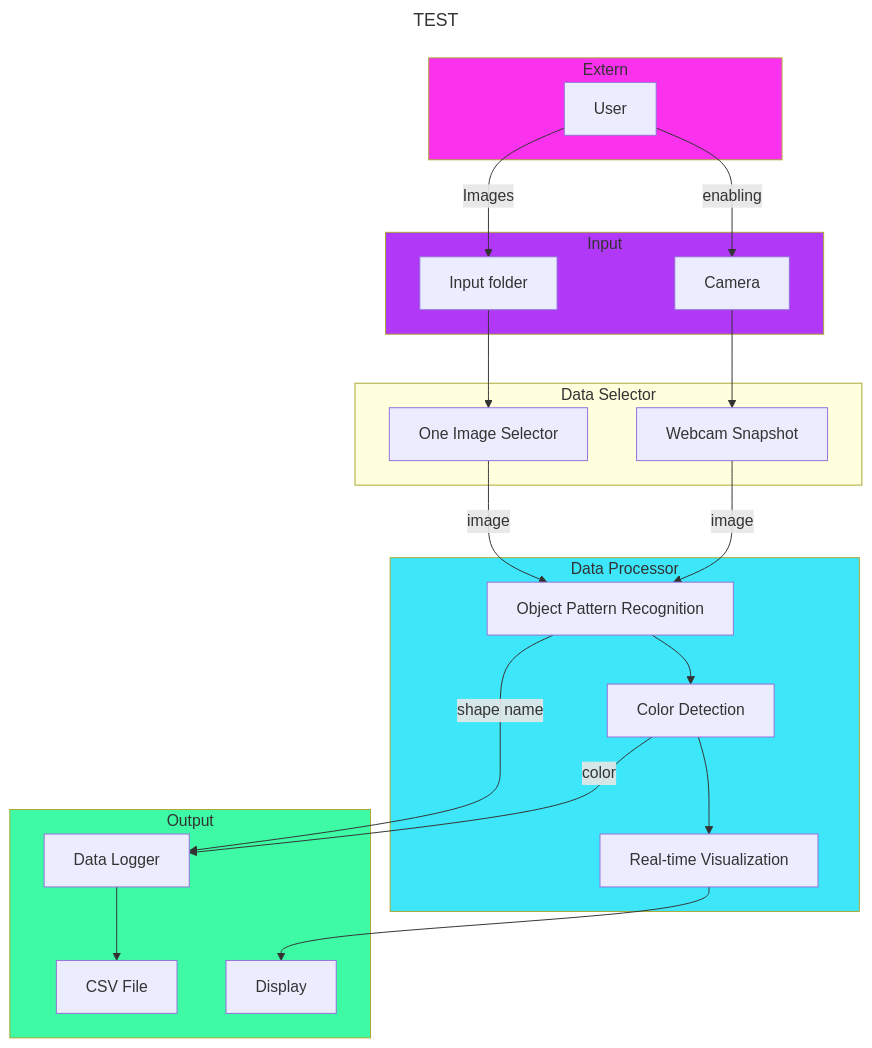
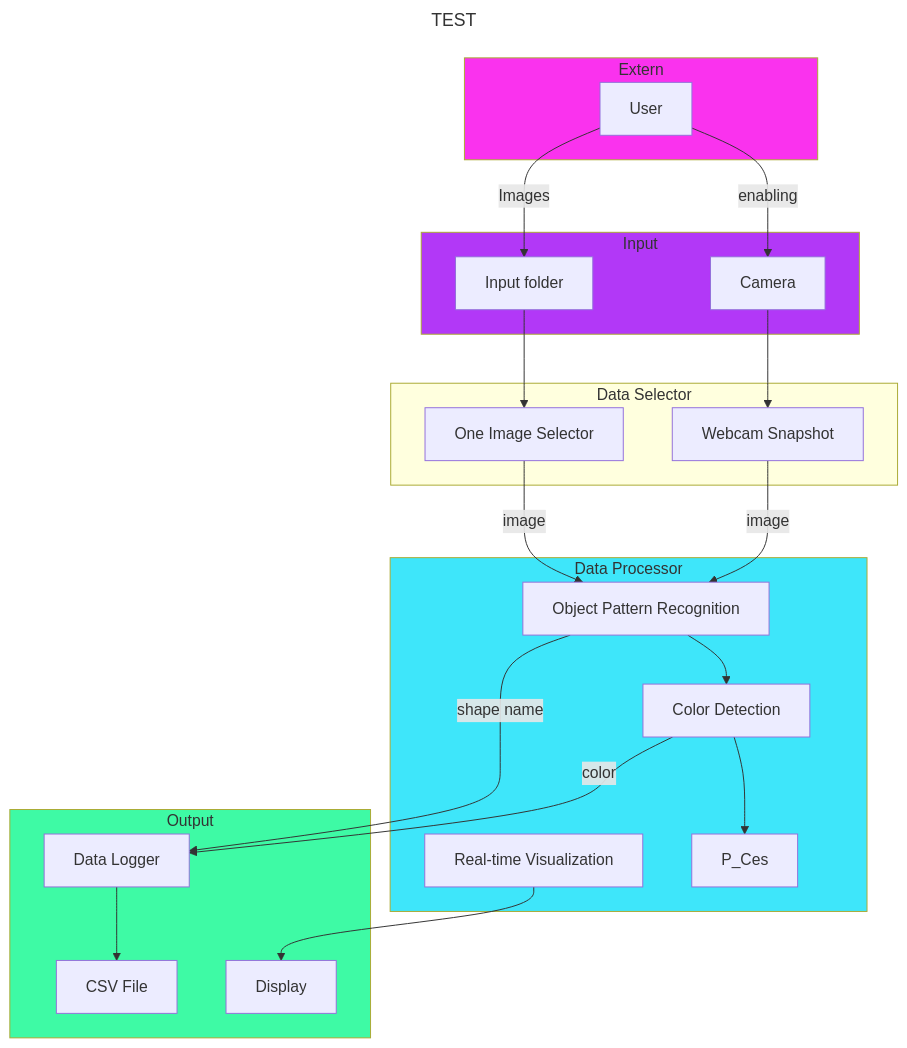
Before and after one commit to PatrickLutz11/SoftwareEngineeringProject: the diagram in doc/test.md, drawn with Mermaid. The commit also changed 1 other file, not shown here.

Commit message:
created C3 Chart - created C3 chart with possible template

```diff
--- a/doc/test.md
+++ b/doc/test.md
@@ -3,57 +3,58 @@
 :::mermaid
 ---
 title: TEST
 ---
 
 %% type of graph
 %% graph LR
 graph TD
 
 
 
 %% subgraphs
 subgraph Extern[Extern]
     style Extern fill:#fa32ee
 
     E_A[User]
     end
 
 subgraph Input[Input]
     style Input fill:#b238f7
 
     I_A[Input folder]
     I_B[Camera]
     end
 subgraph DataSelector[Data Selector]
     S_A[One Image Selector]
     S_B[Webcam Snapshot]
     end
 subgraph DataProcessor[Data Processor]
     style DataProcessor fill:#3ee6fa
     P_A[Object Pattern Recognition]
     P_B[Color Detection]
     P_C[Real-time Visualization]
 
-    P_A --> P_B --> P_C
+    P_A --> P_B --> P_Ces
     end
 
 subgraph Output[Output]
     style Output fill:#3efaa5
 
     O_A[Data Logger]
     O_B[CSV File]
     O_C[Display]
     O_A-->O_B
     
     end
 
 
 %% main links
+%% Extern --> Input --> DataSelector --> DataProcessor --> Output
 E_A -- Images --> I_A --> S_A -- image --> P_A
 E_A -- enabling --> I_B --> S_B -- image --> P_A
 
 P_A -- shape name --> O_A
 P_B -- color --> O_A
 P_C --> O_C
 
 :::
```
